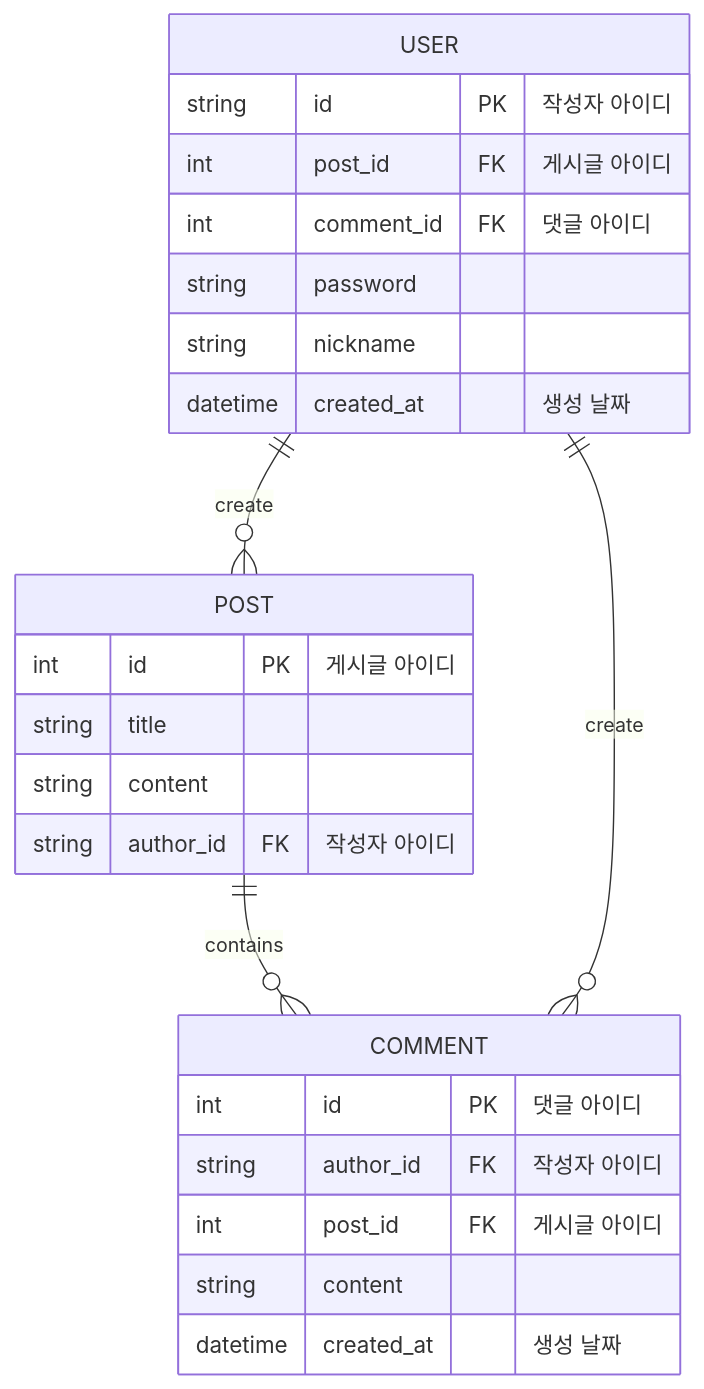
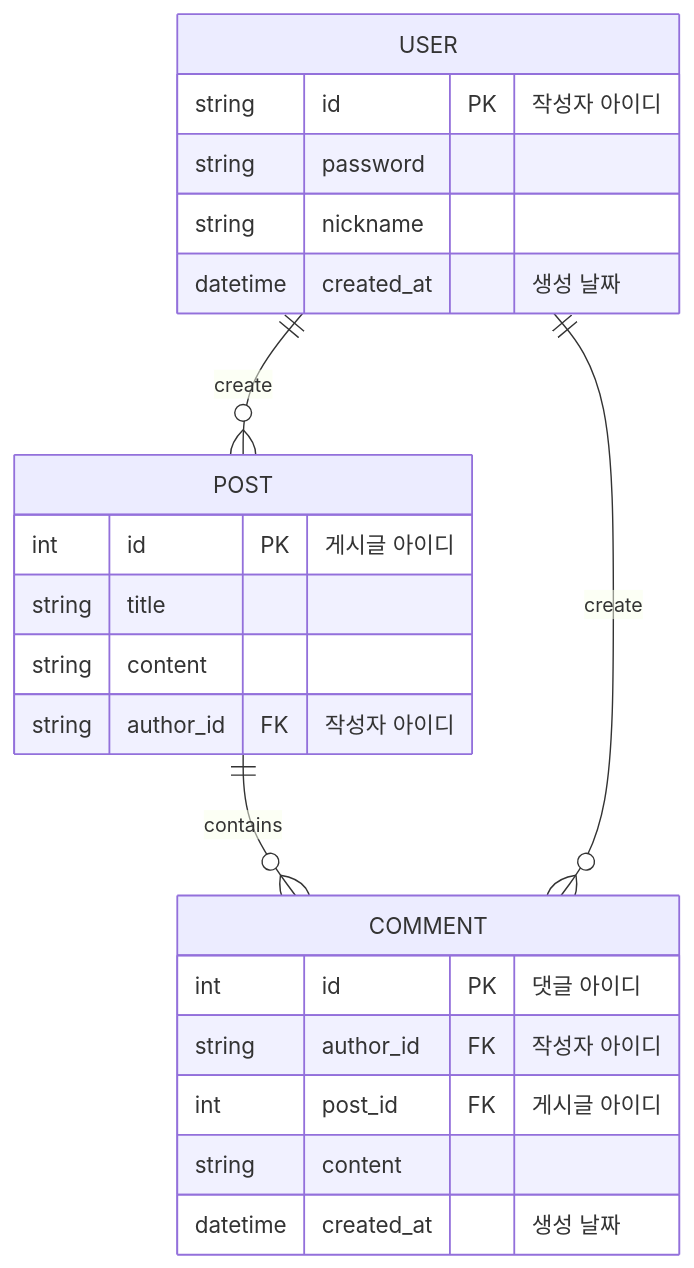
The third of 3 diagrams in README.md (Sungchul-P/learn-fastapi), drawn with Mermaid before and after one commit. The commit also changed other lines of this file and 3 other files, not shown here.

````diff
--- a/README.md
+++ b/README.md
@@ -73,30 +73,28 @@
 ```mermaid
 erDiagram
     POST {
         int id PK "게시글 아이디"
         string title 
         string content
         string author_id FK "작성자 아이디"
     }
     
     USER {
         string id PK "작성자 아이디"
-        int post_id FK "게시글 아이디"
-        int comment_id FK "댓글 아이디"
         string password 
         string nickname
         datetime created_at "생성 날짜"
     }
     
     COMMENT {
         int id PK "댓글 아이디"
         string author_id FK "작성자 아이디"
         int post_id FK "게시글 아이디"
         string content
         datetime created_at "생성 날짜"
     }
     
     POST ||--o{ COMMENT : contains
     USER ||--o{ POST : create
     USER ||--o{ COMMENT : create
 ```
````
